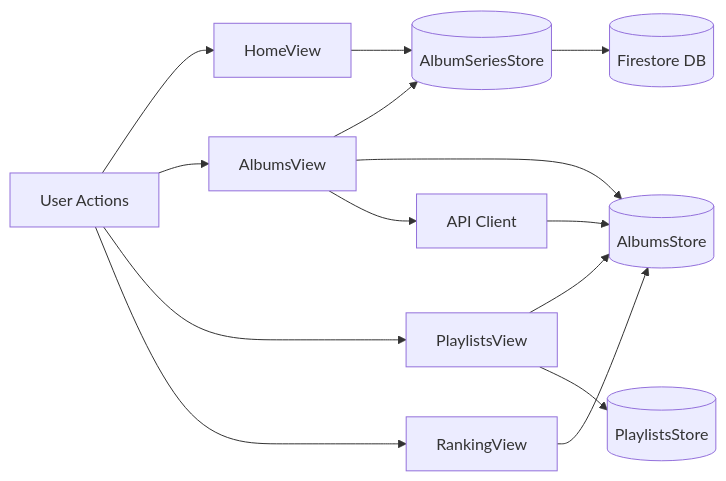
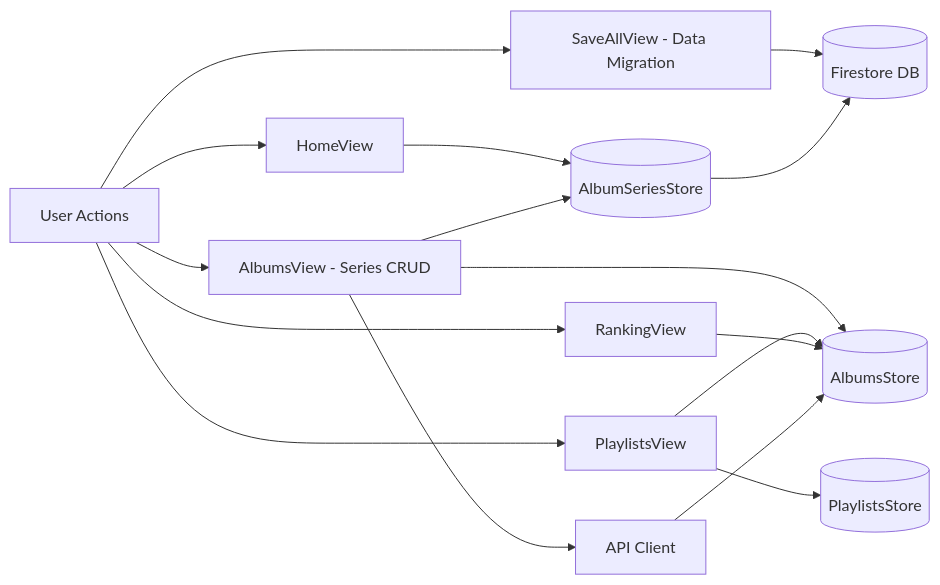
The first of 6 diagrams in docs/technical/data_flow_architecture.md (maujrp99/MJRP_AlbumsBalancedPlaylists_v0), drawn with Mermaid before and after one commit. The commit also changed other lines of this file and 4 other files, not shown here.

First line of the commit message:
docs: Update documentation for Sprint 7.5.1 SeriesView consolidation

````diff
--- a/docs/technical/data_flow_architecture.md
+++ b/docs/technical/data_flow_architecture.md
@@ -12,32 +14,35 @@
 ```mermaid
 graph LR
     User[User Actions]
     HomeView[HomeView]
-    AlbumsView[AlbumsView]
+    AlbumsView[AlbumsView - Series CRUD]
     PlaylistsView[PlaylistsView]
     RankingView[RankingView]
+    SaveAllView[SaveAllView - Data Migration]
     
     AlbumSeriesStore[(AlbumSeriesStore)]
     AlbumsStore[(AlbumsStore)]
     PlaylistsStore[(PlaylistsStore)]
     
     API[API Client]
     Firestore[(Firestore DB)]
     
     User --> HomeView
     User --> AlbumsView
     User --> PlaylistsView
     User --> RankingView
+    User --> SaveAllView
     
     HomeView --> AlbumSeriesStore
     AlbumsView --> AlbumSeriesStore
     AlbumsView --> AlbumsStore
     AlbumsView --> API
     
     PlaylistsView --> AlbumsStore
     PlaylistsView --> PlaylistsStore
     RankingView --> AlbumsStore
+    SaveAllView --> Firestore
     
     API --> AlbumsStore
     AlbumSeriesStore --> Firestore
 ```
````
